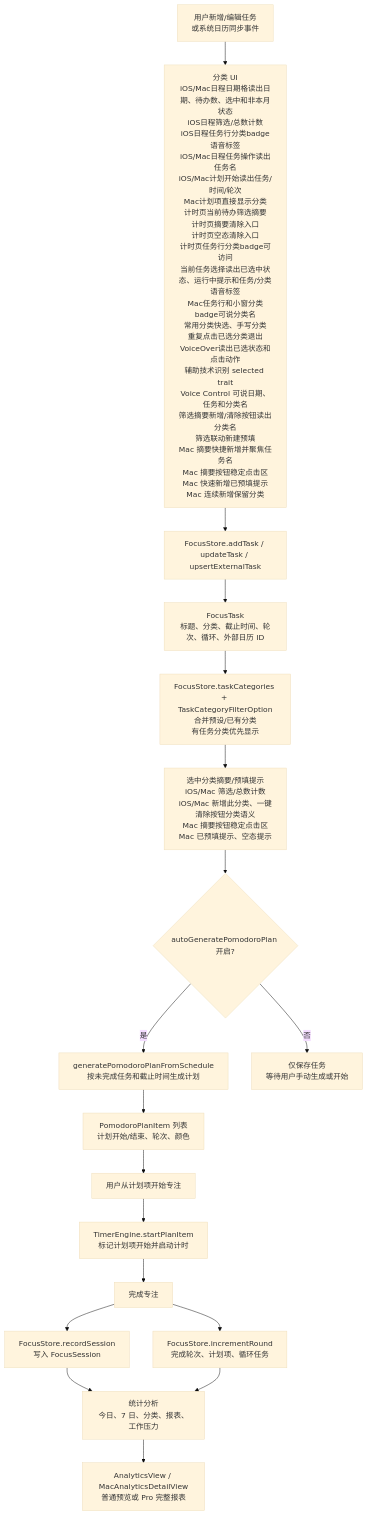
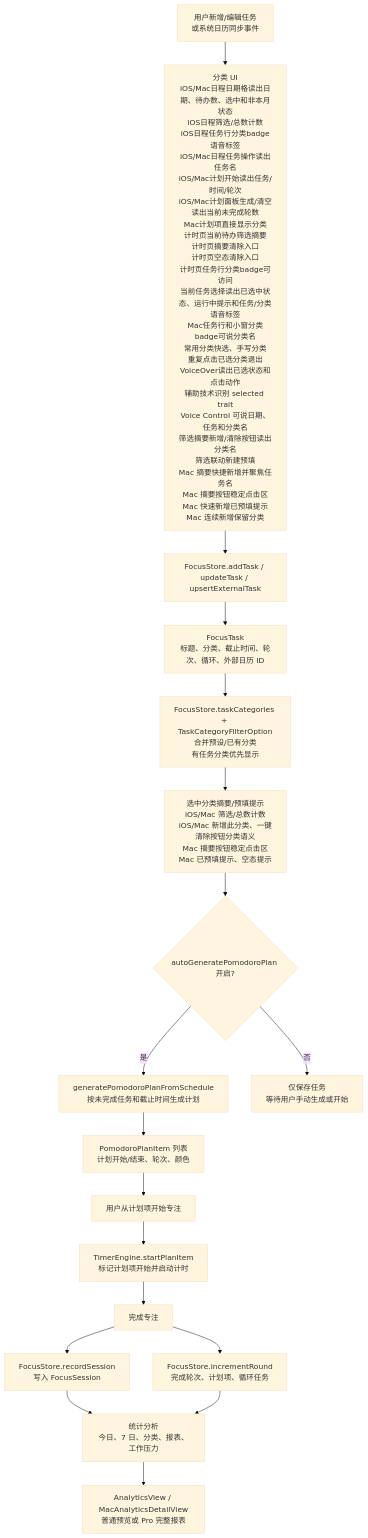
One commit to Altman-sam114/114 changed the third of 6 diagrams in md/flow/flowchart.md. Above: the diagram before and after it, drawn with Mermaid (base theme). The commit also changed other lines of this file and 9 other files, not shown here.

````diff
--- a/md/flow/flowchart.md
+++ b/md/flow/flowchart.md
@@ -63,20 +63,20 @@
 ```mermaid
 flowchart TD
-  A["用户新增/编辑任务<br/>或系统日历同步事件"] --> P0["分类 UI<br/>iOS/Mac日程日期格读出日期、待办数、选中和非本月状态<br/>iOS日程筛选/总数计数<br/>iOS日程任务行分类badge语音标签<br/>iOS/Mac日程任务操作读出任务名<br/>iOS/Mac计划开始读出任务/时间/轮次<br/>Mac计划项直接显示分类<br/>计时页当前待办筛选摘要<br/>计时页摘要清除入口<br/>计时页空态清除入口<br/>计时页任务行分类badge可访问<br/>当前任务选择读出已选中状态、运行中提示和任务/分类语音标签<br/>Mac任务行和小窗分类badge可说分类名<br/>常用分类快选、手写分类<br/>重复点击已选分类退出<br/>VoiceOver读出已选状态和点击动作<br/>辅助技术识别 selected trait<br/>Voice Control 可说日期、任务和分类名<br/>筛选摘要新增/清除按钮读出分类名<br/>筛选联动新建预填<br/>Mac 摘要快捷新增并聚焦任务名<br/>Mac 摘要按钮稳定点击区<br/>Mac 快速新增已预填提示<br/>Mac 连续新增保留分类"]
+  A["用户新增/编辑任务<br/>或系统日历同步事件"] --> P0["分类 UI<br/>iOS/Mac日程日期格读出日期、待办数、选中和非本月状态<br/>iOS日程筛选/总数计数<br/>iOS日程任务行分类badge语音标签<br/>iOS/Mac日程任务操作读出任务名<br/>iOS/Mac计划开始读出任务/时间/轮次<br/>iOS/Mac计划面板生成/清空读出当前未完成轮数<br/>Mac计划项直接显示分类<br/>计时页当前待办筛选摘要<br/>计时页摘要清除入口<br/>计时页空态清除入口<br/>计时页任务行分类badge可访问<br/>当前任务选择读出已选中状态、运行中提示和任务/分类语音标签<br/>Mac任务行和小窗分类badge可说分类名<br/>常用分类快选、手写分类<br/>重复点击已选分类退出<br/>VoiceOver读出已选状态和点击动作<br/>辅助技术识别 selected trait<br/>Voice Control 可说日期、任务和分类名<br/>筛选摘要新增/清除按钮读出分类名<br/>筛选联动新建预填<br/>Mac 摘要快捷新增并聚焦任务名<br/>Mac 摘要按钮稳定点击区<br/>Mac 快速新增已预填提示<br/>Mac 连续新增保留分类"]
   P0 --> B["FocusStore.addTask / updateTask / upsertExternalTask"]
   B --> C["FocusTask<br/>标题、分类、截止时间、轮次、循环、外部日历 ID"]
   C --> C2["FocusStore.taskCategories + TaskCategoryFilterOption<br/>合并预设/已有分类<br/>有任务分类优先显示"]
   C2 --> C3["选中分类摘要/预填提示<br/>iOS/Mac 筛选/总数计数<br/>iOS/Mac 新增此分类、一键清除按钮分类语义<br/>Mac 摘要按钮稳定点击区<br/>Mac 已预填提示、空态提示"]
   C3 --> D{"autoGeneratePomodoroPlan 开启?"}
   D -->|是| E["generatePomodoroPlanFromSchedule<br/>按未完成任务和截止时间生成计划"]
   D -->|否| F["仅保存任务<br/>等待用户手动生成或开始"]
   E --> G["PomodoroPlanItem 列表<br/>计划开始/结束、轮次、颜色"]
   G --> H["用户从计划项开始专注"]
   H --> I["TimerEngine.startPlanItem<br/>标记计划项开始并启动计时"]
   I --> J["完成专注"]
   J --> K["FocusStore.incrementRound<br/>完成轮次、计划项、循环任务"]
   J --> L["FocusStore.recordSession<br/>写入 FocusSession"]
   L --> M["统计分析<br/>今日、7 日、分类、报表、工作压力"]
   K --> M
   M --> N["AnalyticsView / MacAnalyticsDetailView<br/>普通预览或 Pro 完整报表"]
 ```
````
